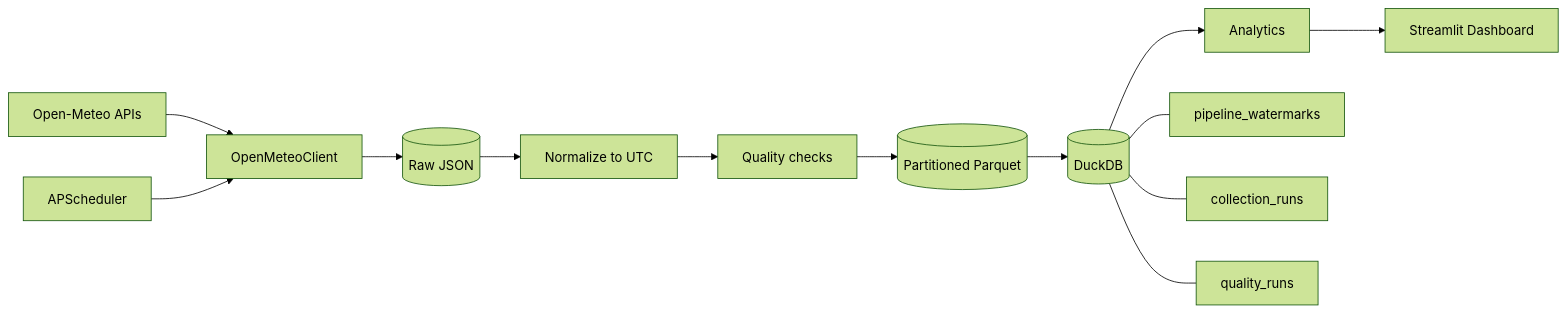
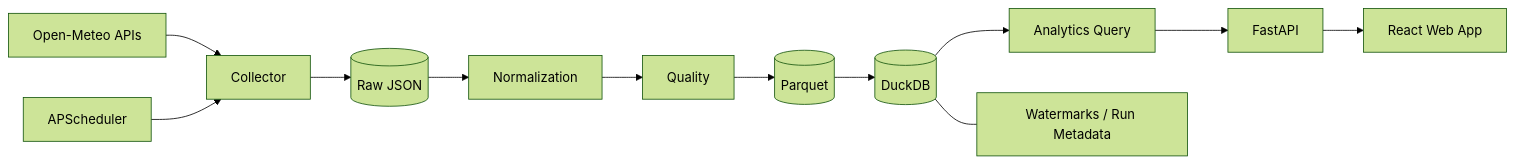
The diagram in README.md (xuyang2005cs/urban-environment-analytics), drawn with Mermaid (forest theme) before and after one commit. The commit also changed other lines of this file and 17 other files, not shown here.

Commit message:
docs: publish web architecture and interface evidence

````diff
--- a/README.md
+++ b/README.md
@@ -29,15 +39,14 @@
 ```mermaid
 flowchart LR
-    O[Open-Meteo APIs] --> C[OpenMeteoClient]
+    O[Open-Meteo APIs] --> C[Collector]
     C --> R[(Raw JSON)]
-    R --> N[Normalize to UTC]
-    N --> Q[Quality checks]
-    Q --> P[(Partitioned Parquet)]
+    R --> N[Normalization]
+    N --> Q[Quality]
+    Q --> P[(Parquet)]
     P --> D[(DuckDB)]
-    D --> A[Analytics]
-    A --> S[Streamlit Dashboard]
-    J[APScheduler] --> C
-    D --- W[pipeline_watermarks]
-    D --- L[collection_runs]
-    D --- QR[quality_runs]
+    D --> A[Analytics Query]
+    A --> F[FastAPI]
+    F --> W[React Web App]
+    S[APScheduler] --> C
+    D --- M[Watermarks / Run Metadata]
 ```
````
